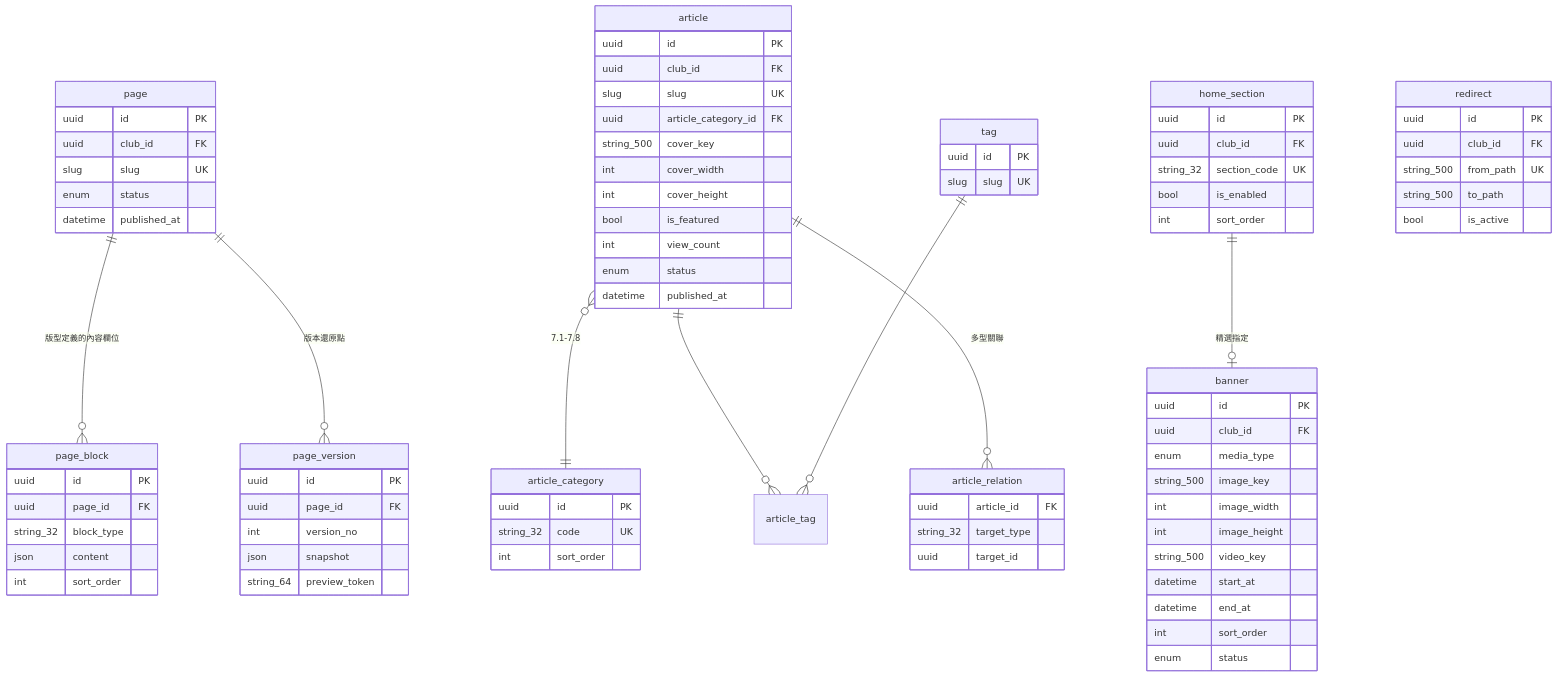
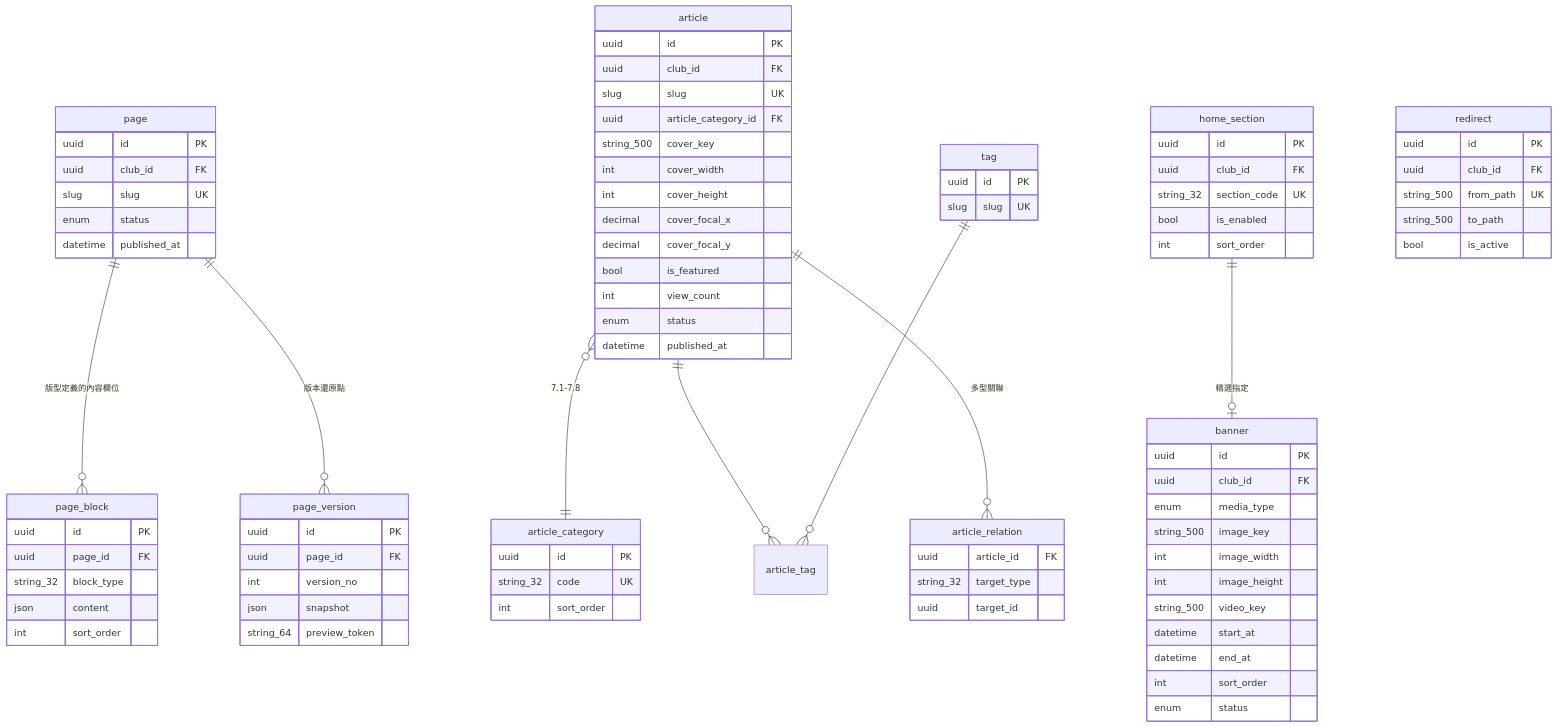
The first of 17 diagrams in docs/12a-database-erd.md (waiting0201/tcrfc), drawn with Mermaid before and after one commit. The commit also changed 77 other files, not shown here.

First line of the commit message:
feat(news): 封面焦點、內文區塊可放圖片與圖集、匯入 83 篇新聞原稿（規劃書 v3.28）

```diff
--- a/docs/12a-database-erd.md
+++ b/docs/12a-database-erd.md
@@ -74,6 +74,8 @@
     string_500 cover_key
     int cover_width
     int cover_height
+    decimal cover_focal_x
+    decimal cover_focal_y
     bool is_featured
     int view_count
     enum status
```
